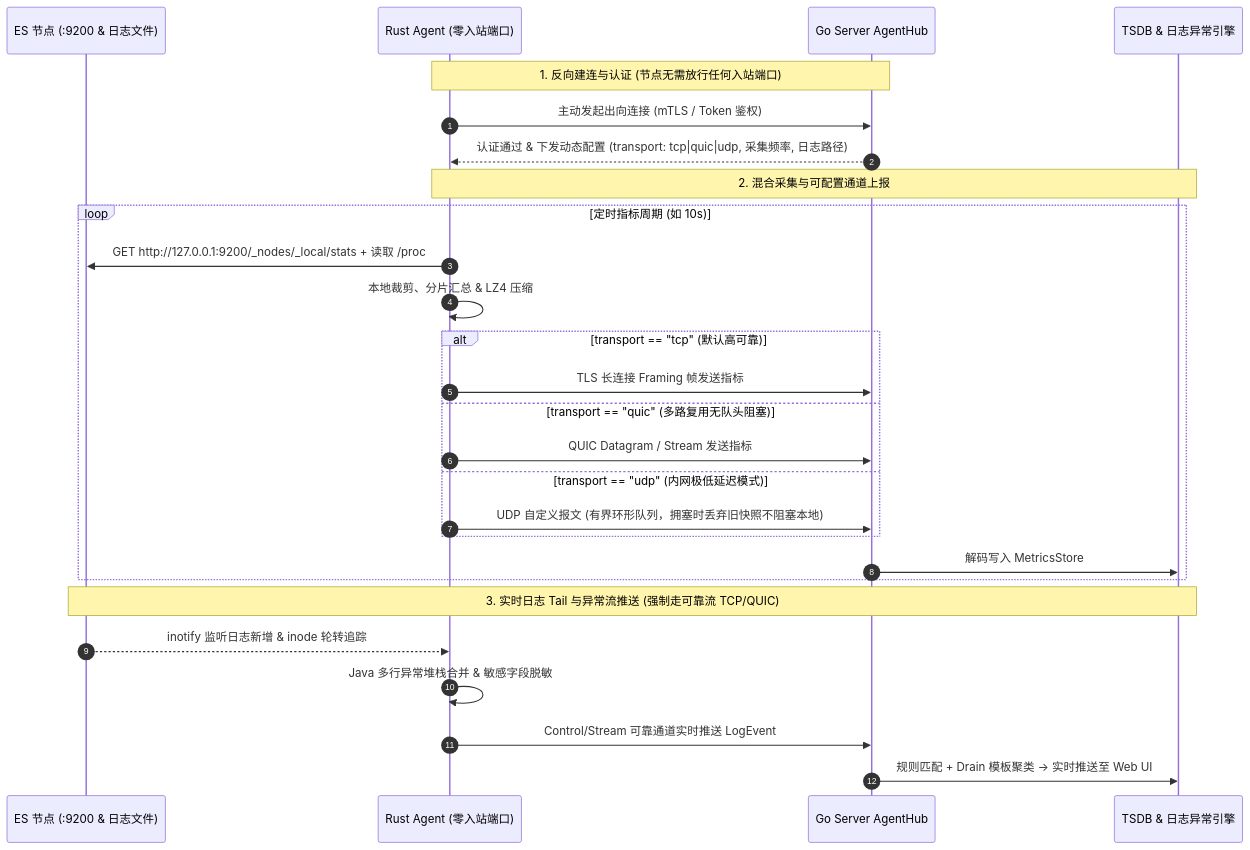
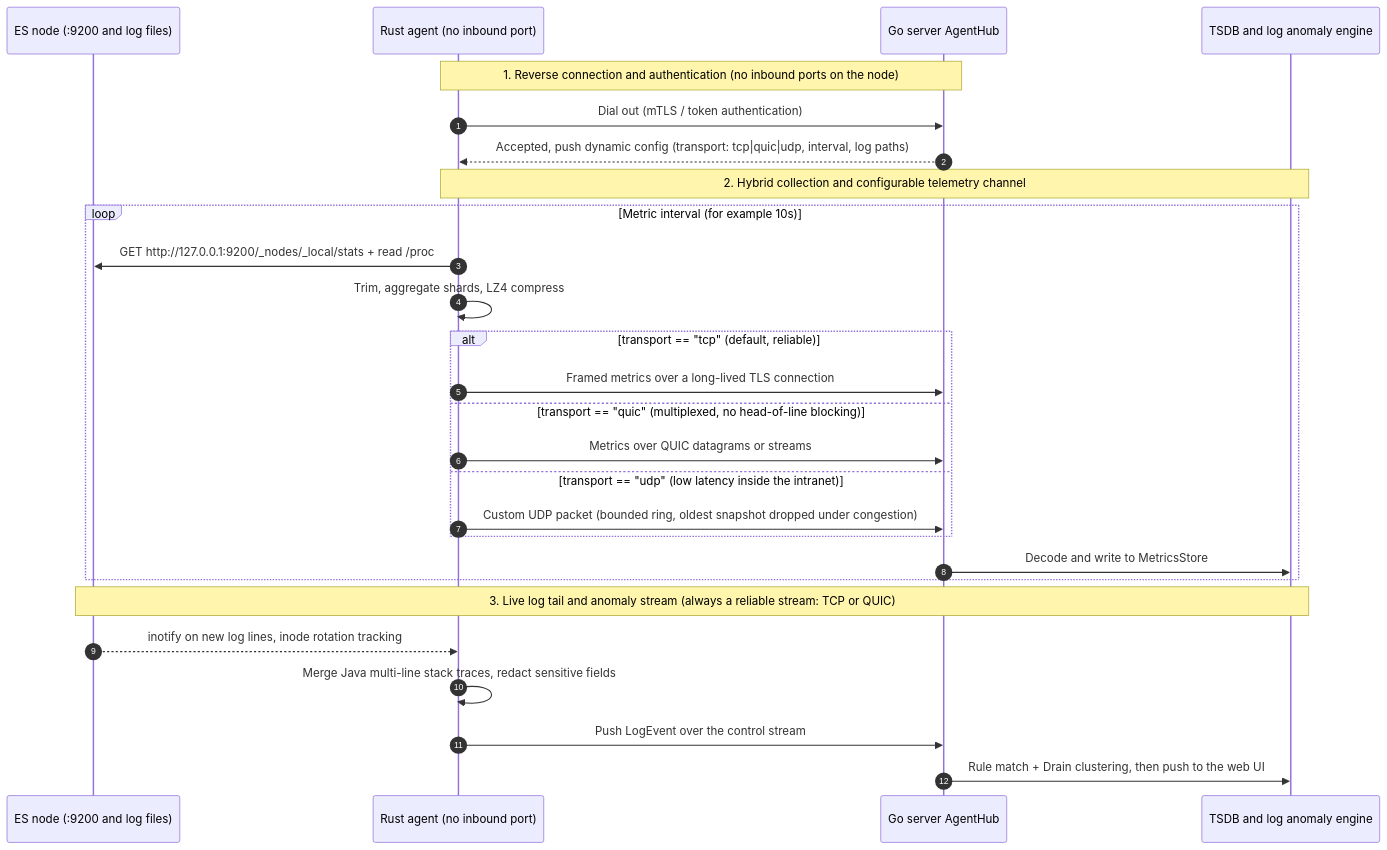
The second of 3 diagrams in docs/architecture.md (aisearchkit/searchboard), drawn with Mermaid before and after one commit. The commit also changed other lines of this file and 22 other files, not shown here.

````diff
--- a/docs/architecture.md
+++ b/docs/architecture.md
@@ -149,32 +139,32 @@
 ```mermaid
 sequenceDiagram
     autonumber
-    participant ES as ES 节点 (:9200 & 日志文件)
-    participant Agent as Rust Agent (零入站端口)
-    participant Hub as Go Server AgentHub
-    participant Pipe as TSDB & 日志异常引擎
+    participant ES as ES node (:9200 and log files)
+    participant Agent as Rust agent (no inbound port)
+    participant Hub as Go server AgentHub
+    participant Pipe as TSDB and log anomaly engine
 
-    Note over Agent,Hub: 1. 反向建连与认证 (节点无需放行任何入站端口)
-    Agent->>Hub: 主动发起出向连接 (mTLS / Token 鉴权)
-    Hub-->>Agent: 认证通过 & 下发动态配置 (transport: tcp|quic|udp, 采集频率, 日志路径)
+    Note over Agent,Hub: 1. Reverse connection and authentication (no inbound ports on the node)
+    Agent->>Hub: Dial out (mTLS / token authentication)
+    Hub-->>Agent: Accepted, push dynamic config (transport: tcp|quic|udp, interval, log paths)
 
-    Note over Agent,Pipe: 2. 混合采集与可配置通道上报
-    loop 定时指标周期 (如 10s)
-        Agent->>ES: GET http://127.0.0.1:9200/_nodes/_local/stats + 读取 /proc
-        Agent->>Agent: 本地裁剪、分片汇总 & LZ4 压缩
-        alt transport == "tcp" (默认高可靠)
-            Agent->>Hub: TLS 长连接 Framing 帧发送指标
-        else transport == "quic" (多路复用无队头阻塞)
-            Agent->>Hub: QUIC Datagram / Stream 发送指标
-        else transport == "udp" (内网极低延迟模式)
-            Agent->>Hub: UDP 自定义报文 (有界环形队列，拥塞时丢弃旧快照不阻塞本地)
+    Note over Agent,Pipe: 2. Hybrid collection and configurable telemetry channel
+    loop Metric interval (for example 10s)
+        Agent->>ES: GET http://127.0.0.1:9200/_nodes/_local/stats + read /proc
+        Agent->>Agent: Trim, aggregate shards, LZ4 compress
+        alt transport == "tcp" (default, reliable)
+            Agent->>Hub: Framed metrics over a long-lived TLS connection
+        else transport == "quic" (multiplexed, no head-of-line blocking)
+            Agent->>Hub: Metrics over QUIC datagrams or streams
+        else transport == "udp" (low latency inside the intranet)
+            Agent->>Hub: Custom UDP packet (bounded ring, oldest snapshot dropped under congestion)
         end
-        Hub->>Pipe: 解码写入 MetricsStore
+        Hub->>Pipe: Decode and write to MetricsStore
     end
 
-    Note over ES,Pipe: 3. 实时日志 Tail 与异常流推送 (强制走可靠流 TCP/QUIC)
-    ES-->>Agent: inotify 监听日志新增 & inode 轮转追踪
-    Agent->>Agent: Java 多行异常堆栈合并 & 敏感字段脱敏
-    Agent->>Hub: Control/Stream 可靠通道实时推送 LogEvent
-    Hub->>Pipe: 规则匹配 + Drain 模板聚类 -> 实时推送至 Web UI
+    Note over ES,Pipe: 3. Live log tail and anomaly stream (always a reliable stream: TCP or QUIC)
+    ES-->>Agent: inotify on new log lines, inode rotation tracking
+    Agent->>Agent: Merge Java multi-line stack traces, redact sensitive fields
+    Agent->>Hub: Push LogEvent over the control stream
+    Hub->>Pipe: Rule match + Drain clustering, then push to the web UI
 ```
````
